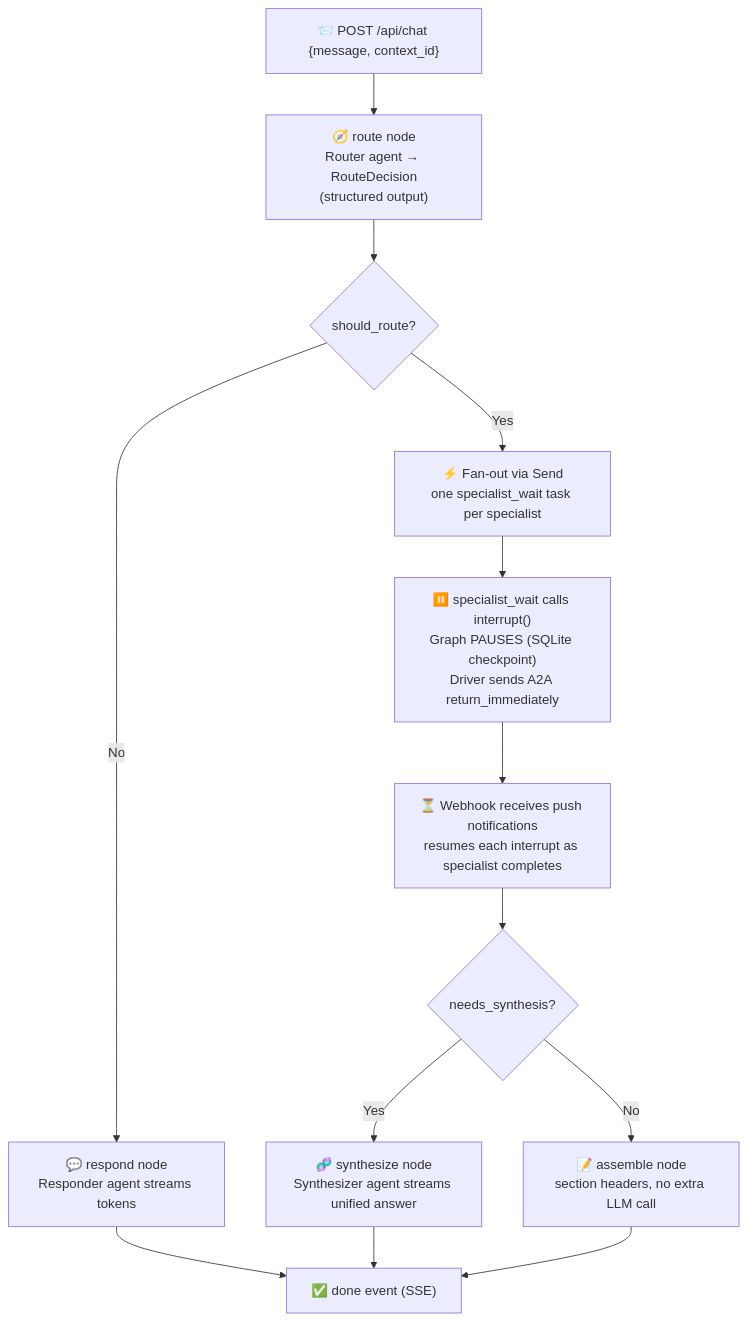
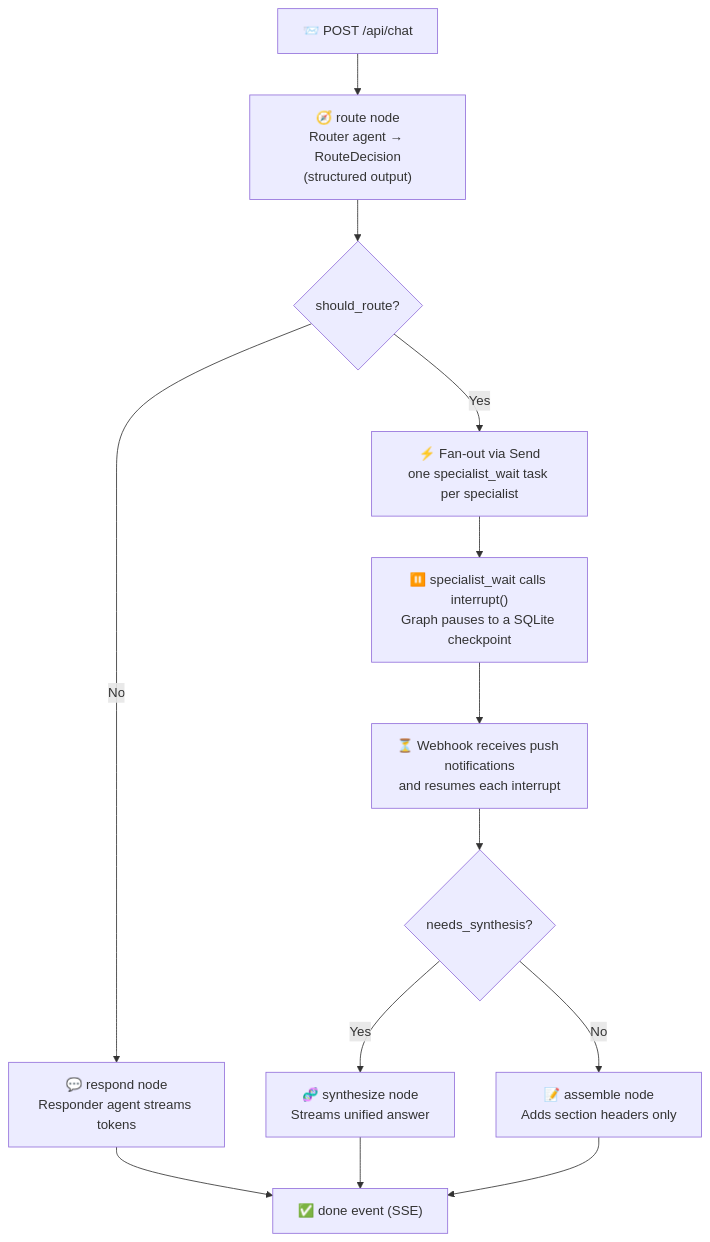
The third of 7 diagrams in README.md (chandra447/nimbus-chat), drawn with Mermaid before and after one commit. The commit also changed other lines of this file, not shown here.

Commit message:
Fix README Mermaid diagrams

````diff
--- a/README.md
+++ b/README.md
@@ -95,17 +95,17 @@
 ```mermaid
 flowchart TD
-    Start["📨 POST /api/chat {message, context_id}"] --> Route["🧭 route node<br/>Router agent → RouteDecision<br/>(structured output)"]
+    Start["📨 POST /api/chat"] --> Route["🧭 route node<br/>Router agent → RouteDecision<br/>(structured output)"]
     Route --> Decide{"should_route?"}
 
     Decide -->|No| Respond["💬 respond node<br/>Responder agent streams tokens"]
     Decide -->|Yes| FanOut["⚡ Fan-out via Send<br/>one specialist_wait task per specialist"]
 
-    FanOut --> Interrupt["⏸️ specialist_wait calls interrupt()<br/>Graph PAUSES (SQLite checkpoint)<br/>Driver sends A2A return_immediately"]
-    Interrupt --> Wait["⏳ Webhook receives push notifications<br/>resumes each interrupt as specialist completes"]
+    FanOut --> Interrupt["⏸️ specialist_wait calls interrupt()<br/>Graph pauses to a SQLite checkpoint"]
+    Interrupt --> Wait["⏳ Webhook receives push notifications<br/>and resumes each interrupt"]
     Wait --> SynthCheck{"needs_synthesis?"}
-    SynthCheck -->|Yes| Synth["🧬 synthesize node<br/>Synthesizer agent streams unified answer"]
-    SynthCheck -->|No| Assemble["📝 assemble node<br/>section headers, no extra LLM call"]
+    SynthCheck -->|Yes| Synth["🧬 synthesize node<br/>Streams unified answer"]
+    SynthCheck -->|No| Assemble["📝 assemble node<br/>Adds section headers only"]
     Respond --> Done["✅ done event (SSE)"]
     Synth --> Done
     Assemble --> Done
 ```
````
